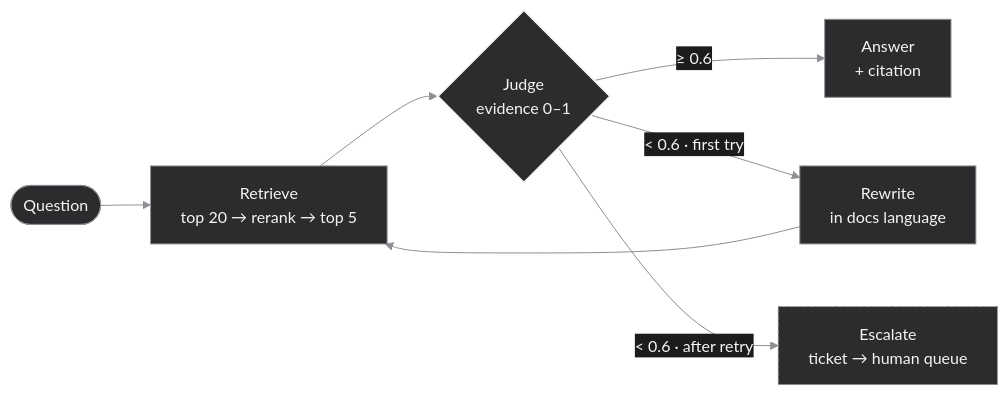
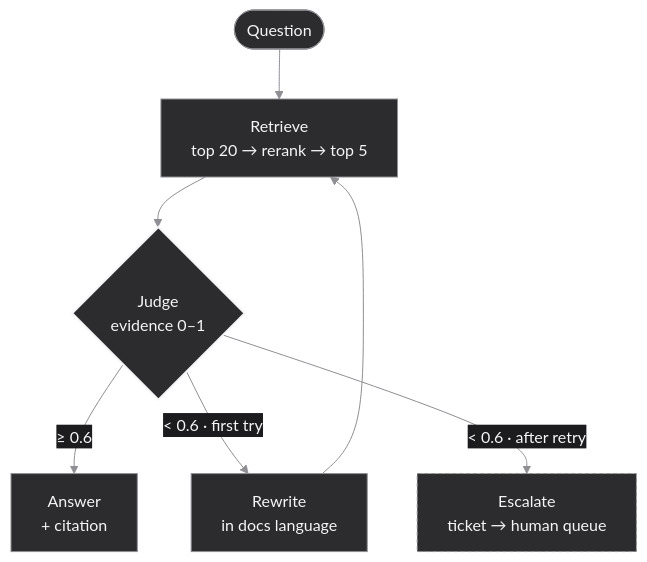
One commit to ahmedali-aihub/ahmedali-aihub changed the first of 4 diagrams in README.md. Above: the diagram before and after it, drawn with Mermaid. The commit also changed other lines of this file, not shown here.

Commit message:
Lay out architecture diagrams top-to-bottom so GitHub's controls never cover a node

````diff
--- a/README.md
+++ b/README.md
@@ -91,14 +91,14 @@
 ```mermaid
 %%{init: {'theme':'base','themeVariables':{'primaryColor':'#2c2c2e','primaryTextColor':'#f5f5f7','primaryBorderColor':'#8e8e93','lineColor':'#8e8e93','textColor':'#f5f5f7','secondaryColor':'#1c1c1e','tertiaryColor':'#1c1c1e','edgeLabelBackground':'#1c1c1e','clusterBkg':'#1c1c1e','clusterBorder':'#636366','fontFamily':'-apple-system,Segoe UI,Helvetica,Arial,sans-serif'}}}%%
-flowchart LR
+flowchart TB
   Q([Question]) --> R["Retrieve<br/>top 20 → rerank → top 5"]
   R --> J{"Judge<br/>evidence 0–1"}
   J -- "≥ 0.6" --> A["Answer<br/>+ citation"]
   J -- "< 0.6 · first try" --> W["Rewrite<br/>in docs language"]
   W --> R
   J -- "< 0.6 · after retry" --> E["Escalate<br/>ticket → human queue"]
   classDef gate stroke:#f5f5f7,stroke-width:2px
   classDef handoff stroke-dasharray:4 3
   class J gate
   class E handoff
 ```
````
